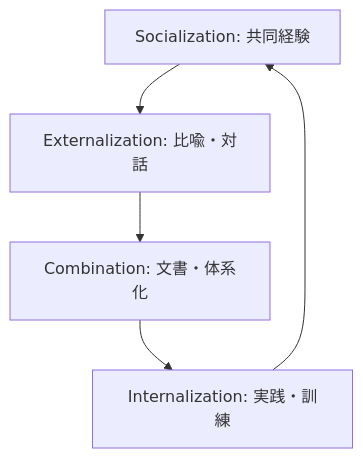
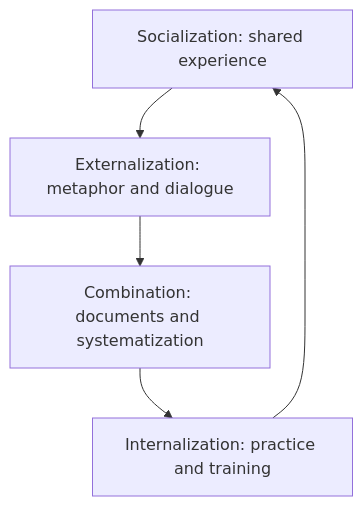
Before and after one commit to daylight55/research: the second of 3 diagrams in content/blog/en/tacit-knowledge-business-theory.mdx, drawn with Mermaid. The commit also changed other lines of this file and 26 other files, not shown here.

Commit message:
Translate English Mermaid labels

````diff
--- a/content/blog/en/tacit-knowledge-business-theory.mdx
+++ b/content/blog/en/tacit-knowledge-business-theory.mdx
@@ -72,7 +72,7 @@
 ```mermaid
 flowchart TD
-  S["Socialization: 共同経験"] --> E["Externalization: 比喩・対話"]
-  E --> C["Combination: 文書・体系化"]
-  C --> I["Internalization: 実践・訓練"]
+  S["Socialization: shared experience"] --> E["Externalization: metaphor and dialogue"]
+  E --> C["Combination: documents and systematization"]
+  C --> I["Internalization: practice and training"]
   I --> S
 ```
````
